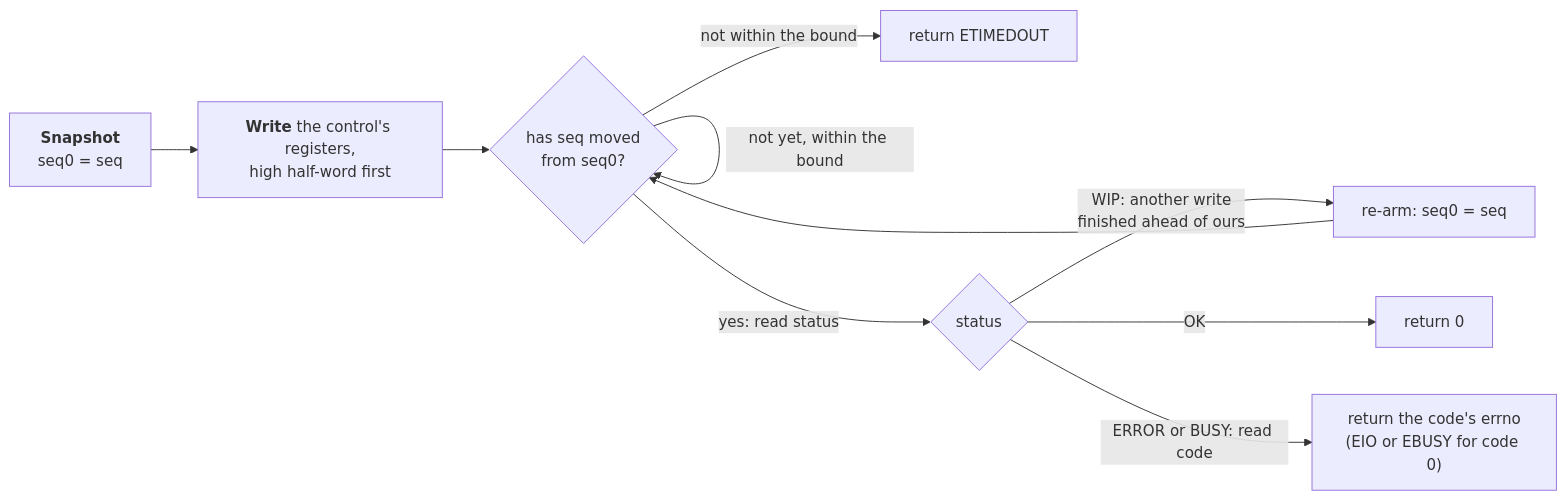
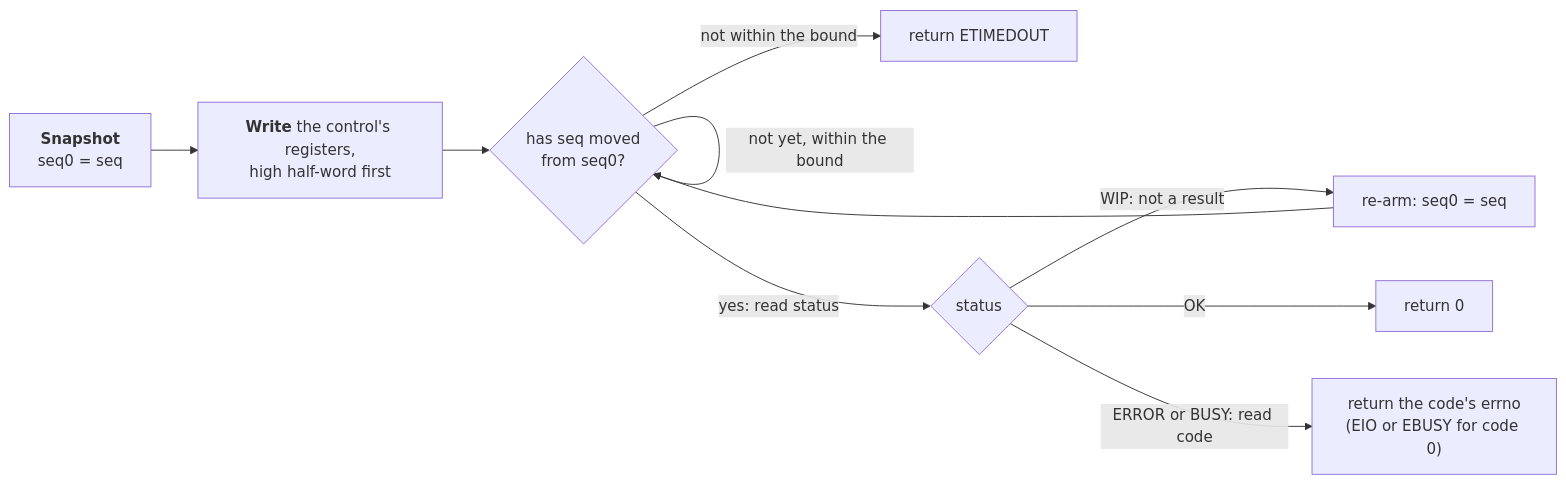
The fourth of 6 diagrams in docs/camera-control-descriptor.md (realsenseai/realsense_mipi_platform_driver), drawn with Mermaid before and after one commit. The commit also changed other lines of this file and 1 other file, not shown here.

First line of the commit message:
[RSDEV-15373] Document the single control-result state machine

````diff
--- a/docs/camera-control-descriptor.md
+++ b/docs/camera-control-descriptor.md
@@ -318,11 +326,11 @@
 ```mermaid
 flowchart LR
   S["<b>Snapshot</b><br/>seq0 = seq"] --> Wr["<b>Write</b> the control's registers,<br/>high half-word first"]
   Wr --> P{"has seq moved<br/>from seq0?"}
   P -->|"not yet, within the bound"| P
   P -->|"not within the bound"| T["return ETIMEDOUT"]
   P -->|"yes: read status"| Q{"status"}
-  Q -->|"WIP: another write<br/>finished ahead of ours"| A["re-arm: seq0 = seq"] --> P
+  Q -->|"WIP: not a result"| A["re-arm: seq0 = seq"] --> P
   Q -->|"OK"| OK["return 0"]
   Q -->|"ERROR or BUSY: read code"| ER["return the code's errno<br/>(EIO or EBUSY for code 0)"]
 ```
````
